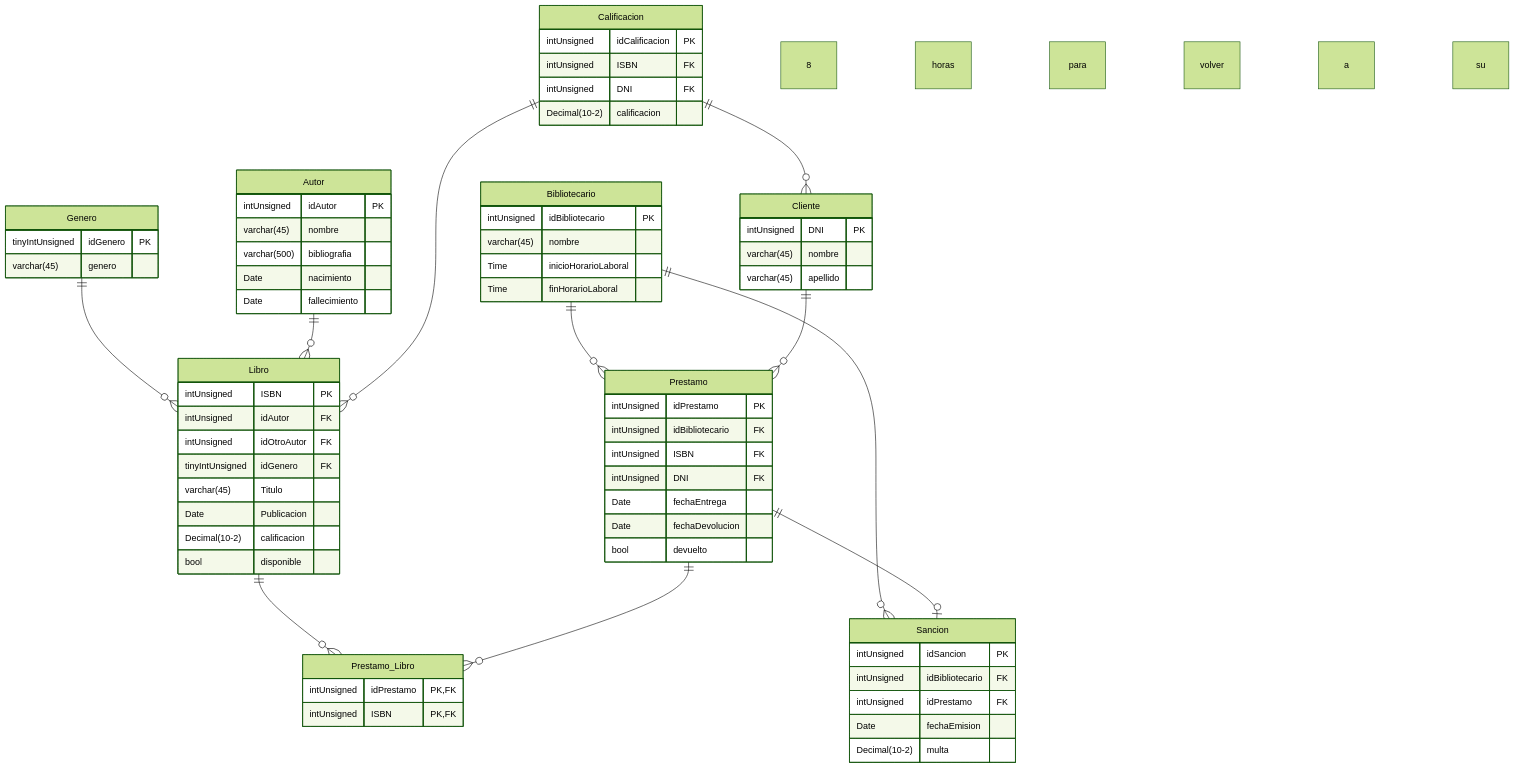
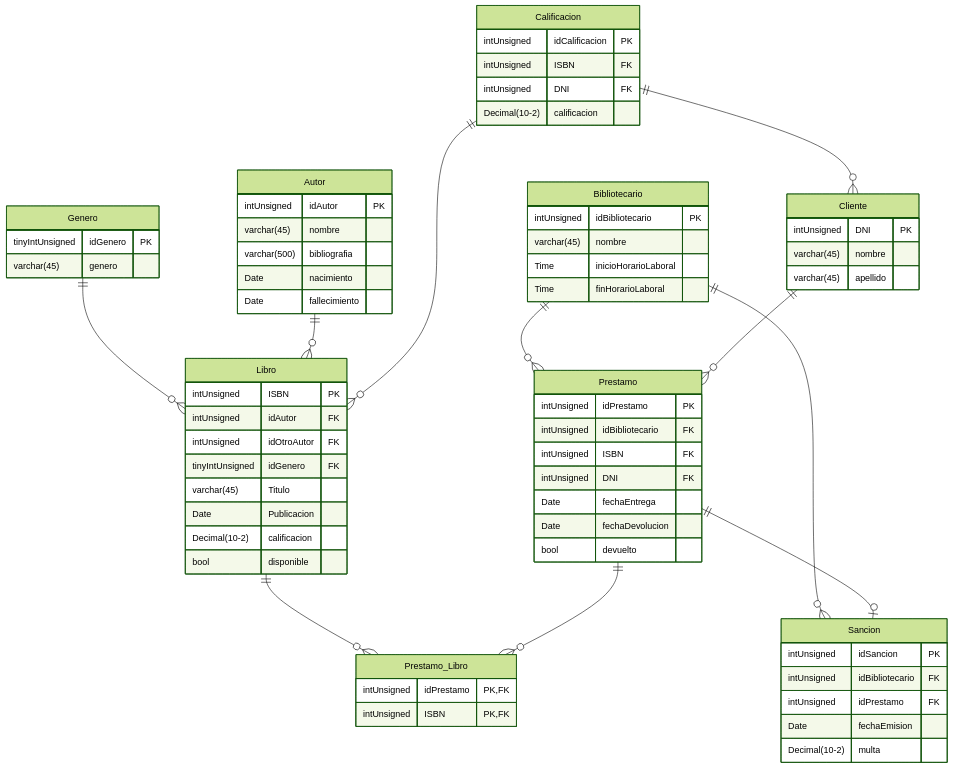
Before and after one commit to PasandiLuka/BD-Biblioteca: the diagram in doc/README.md, drawn with Mermaid (forest theme).

````diff
--- a/doc/README.md
+++ b/doc/README.md
@@ -2,80 +2,80 @@
 ```mermaid
 erDiagram
 Genero{
     tinyIntUnsigned idGenero PK
     varchar(45) genero
 }
 
 Bibliotecario{
     intUnsigned idBibliotecario PK
     varchar(45) nombre
     Time inicioHorarioLaboral
     Time finHorarioLaboral
 }
 
 Autor{
     intUnsigned idAutor PK
     varchar(45) nombre
     varchar(500) bibliografia
     Date nacimiento
     Date fallecimiento
 }
 
 Cliente{
     intUnsigned DNI PK
     varchar(45) nombre
     varchar(45) apellido
 }
 
 Libro{
     intUnsigned ISBN PK
     intUnsigned idAutor FK
     intUnsigned idOtroAutor FK
     tinyIntUnsigned idGenero FK
     varchar(45) Titulo
     Date Publicacion
     Decimal(10-2) calificacion
     bool disponible
 }
 
 Sancion{
     intUnsigned idSancion PK
     intUnsigned idBibliotecario FK
     intUnsigned idPrestamo FK
     Date fechaEmision
     Decimal(10-2) multa
 }
 
 Prestamo{
     intUnsigned idPrestamo PK
     intUnsigned idBibliotecario FK
     intUnsigned ISBN FK
     intUnsigned DNI FK
     Date fechaEntrega
     Date fechaDevolucion
     bool devuelto
 }
 
 Calificacion{
     intUnsigned idCalificacion PK
     intUnsigned ISBN FK
     intUnsigned DNI FK
     Decimal(10-2) calificacion
-} 8 horas para volver a su 
+}
 
 Prestamo_Libro{
     intUnsigned idPrestamo PK, FK
     intUnsigned ISBN PK, FK
 }
 
 Genero||--o{Libro:""
 Bibliotecario||--o{Sancion:""
 Bibliotecario||--o{Prestamo:""
 Cliente||--o{Prestamo:""
 Prestamo||--o|Sancion:""
 Libro||--o{Prestamo_Libro:""
 Prestamo||--o{Prestamo_Libro:""
 Autor||--o{Libro:""
 Calificacion ||--o{ Libro:""
 Calificacion ||--o{ Cliente:""
 ```
````
